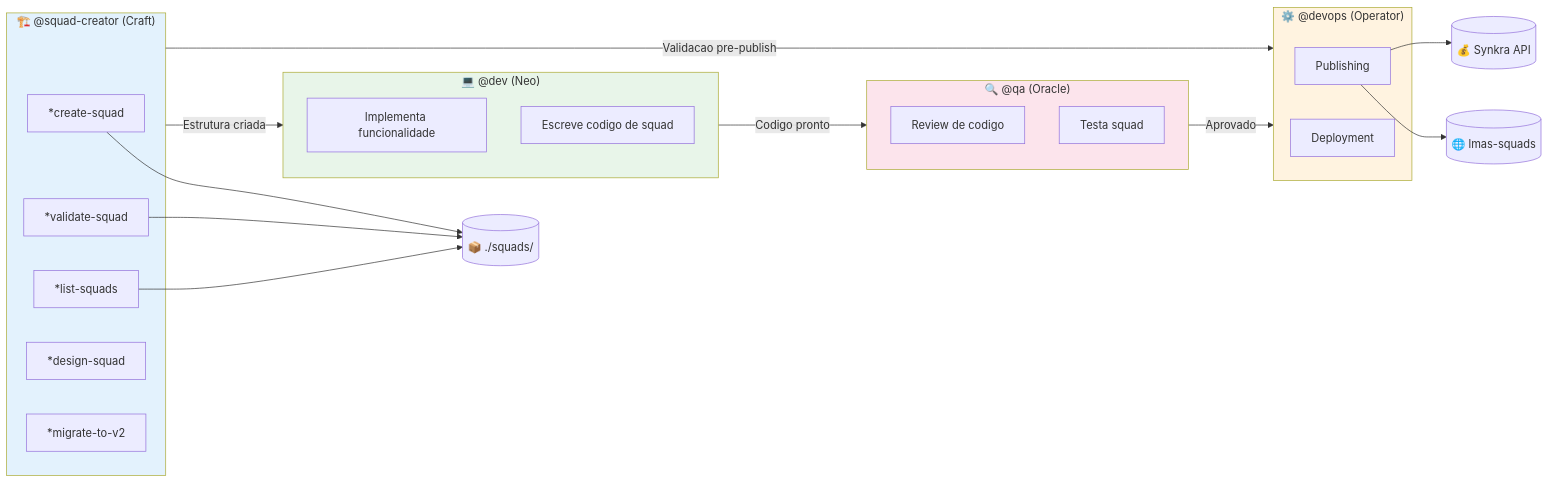
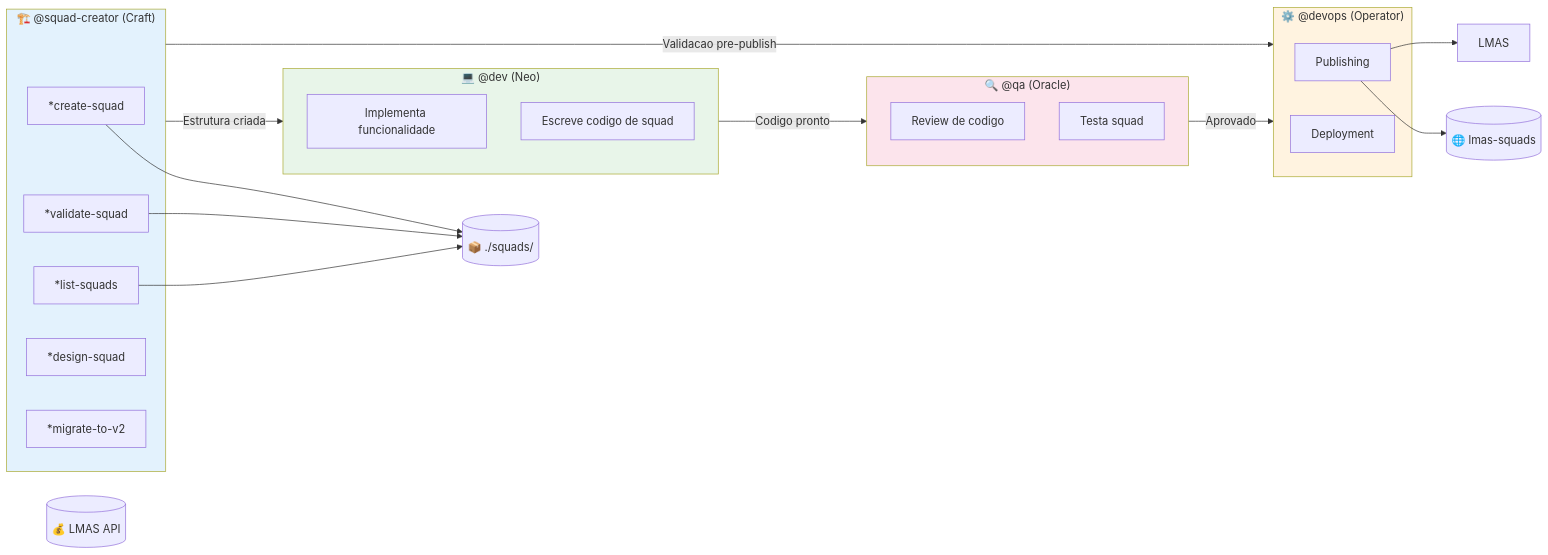
The fifth of 6 diagrams in docs/aiox-agent-flows/squad-creator-system.md (oluanferreira/luan-multiagent-scrum), drawn with Mermaid before and after one commit. The commit also changed other lines of this file and 415 other files, not shown here.

First line of the commit message:
refactor: rebrand Synkra/SynkraAI → LMAS by Luan Ferreira

````diff
--- a/docs/aiox-agent-flows/squad-creator-system.md
+++ b/docs/aiox-agent-flows/squad-creator-system.md
@@ -427,45 +427,45 @@
 ```mermaid
 flowchart LR
     subgraph SQUAD_CREATOR["🏗️ @squad-creator (Craft)"]
         SC_CREATE["*create-squad"]
         SC_VALIDATE["*validate-squad"]
         SC_LIST["*list-squads"]
         SC_DESIGN["*design-squad"]
         SC_MIGRATE["*migrate-to-v2"]
     end
 
     subgraph DEV["💻 @dev (Neo)"]
         DEV_IMPL["Implementa funcionalidade"]
         DEV_CODE["Escreve codigo de squad"]
     end
 
     subgraph QA["🔍 @qa (Oracle)"]
         QA_REVIEW["Review de codigo"]
         QA_TEST["Testa squad"]
     end
 
     subgraph DEVOPS["⚙️ @devops (Operator)"]
         DEVOPS_PUB["Publishing"]
         DEVOPS_DEPLOY["Deployment"]
     end
 
     SQUAD_CREATOR -->|"Estrutura criada"| DEV
     DEV -->|"Codigo pronto"| QA
     QA -->|"Aprovado"| DEVOPS
     SQUAD_CREATOR -->|"Validacao pre-publish"| DEVOPS
 
     SQUADS[("📦 ./squads/")]
     LMAS_SQUADS[("🌐 lmas-squads")]
-    SYNKRA[("💰 Synkra API")]
+    LMAS_MARKETPLACE[("💰 LMAS API")]
 
     SC_CREATE --> SQUADS
     SC_VALIDATE --> SQUADS
     SC_LIST --> SQUADS
     DEVOPS_PUB --> LMAS_SQUADS
-    DEVOPS_PUB --> SYNKRA
+    DEVOPS_PUB --> LMAS
 
     style SQUAD_CREATOR fill:#e3f2fd
     style DEV fill:#e8f5e9
     style QA fill:#fce4ec
     style DEVOPS fill:#fff3e0
 ```
````
